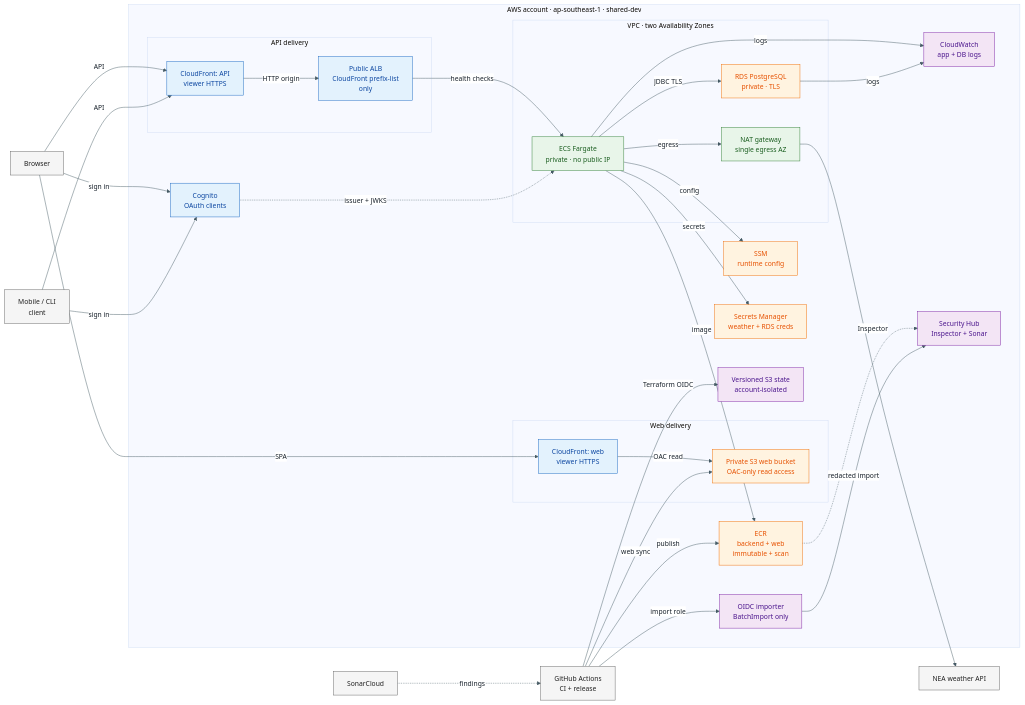
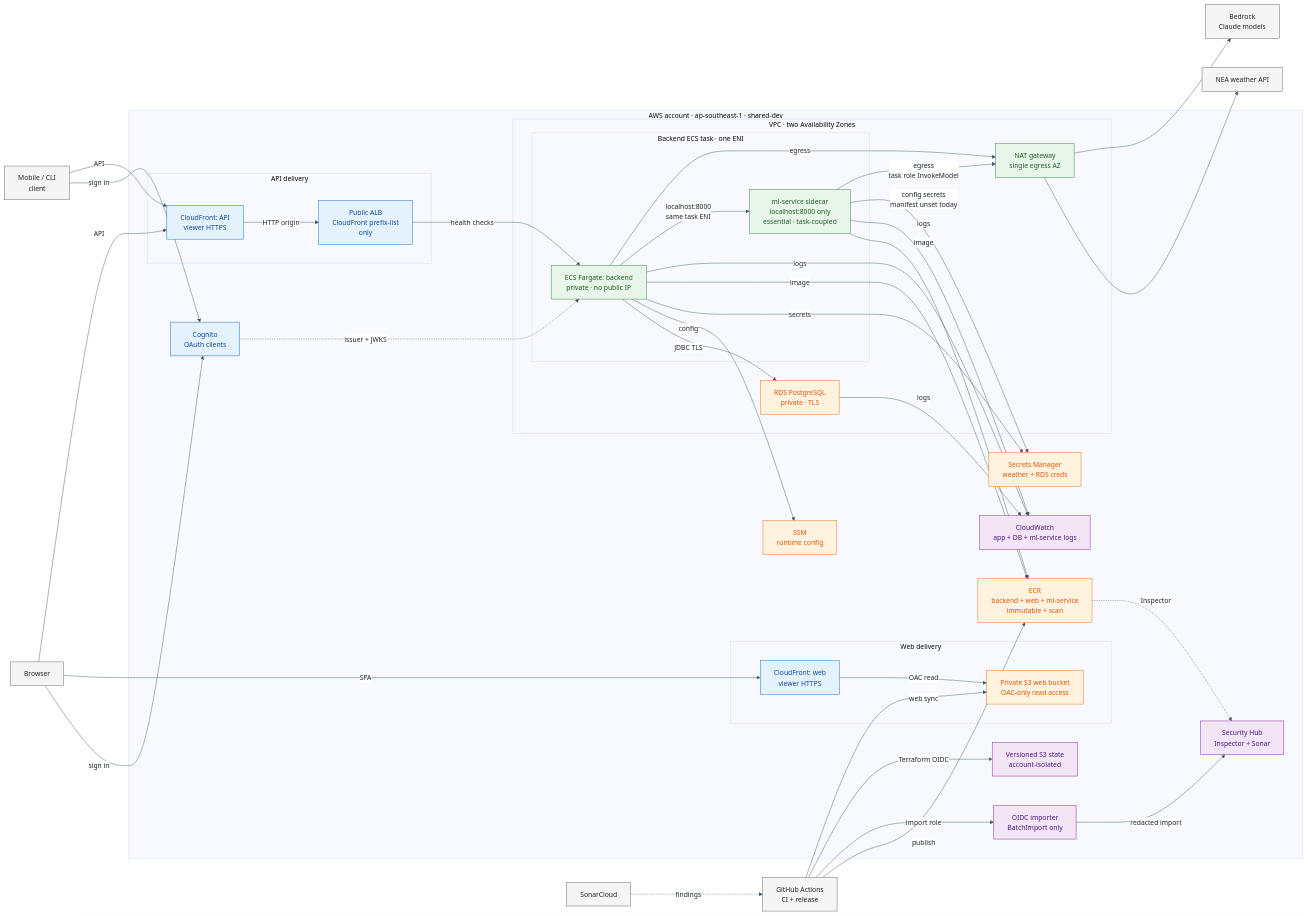
The first of 3 diagrams in docs/architecture/terraform-architecture.md (zctiong-iss/crewsafe), drawn with Mermaid before and after one commit. The commit also changed other lines of this file and 3 other files, not shown here.

Commit message:
feat(SCRUM-373): integrate ml-service as a sidecar in backend ECS task and update architecture documentation

````diff
--- a/docs/architecture/terraform-architecture.md
+++ b/docs/architecture/terraform-architecture.md
@@ -31,6 +31,7 @@
   mobile[Mobile / CLI<br/>client]
   github[GitHub Actions<br/>CI + release]
   nea[NEA weather API]
+  bedrock[Bedrock<br/>Claude models]
   sonar[SonarCloud]
 
   subgraph aws[AWS account · ap-southeast-1 · shared-dev]
@@ -48,14 +49,17 @@
 
     subgraph vpc[VPC · two Availability Zones]
       nat[NAT gateway<br/>single egress AZ]
-      ecs[ECS Fargate<br/>private · no public IP]
+      subgraph backendtask[Backend ECS task · one ENI]
+        ecs[ECS Fargate: backend<br/>private · no public IP]
+        mlservice[ml-service sidecar<br/>localhost:8000 only<br/>essential · task-coupled]
+      end
       rds[RDS PostgreSQL<br/>private · TLS]
     end
 
-    ecr[ECR<br/>backend + web<br/>immutable + scan]
+    ecr[ECR<br/>backend + web + ml-service<br/>immutable + scan]
     ssm[SSM<br/>runtime config]
     secrets[Secrets Manager<br/>weather + RDS creds]
-    logs[CloudWatch<br/>app + DB logs]
+    logs[CloudWatch<br/>app + DB + ml-service logs]
     securityhub[Security Hub<br/>Inspector + Sonar]
     importer[OIDC importer<br/>BatchImport only]
     state[Versioned S3 state<br/>account-isolated]
@@ -72,8 +76,13 @@
   ecs -->|secrets| secrets
   ecs -->|image| ecr
   ecs -->|logs| logs
+  ecs -->|localhost:8000<br/>same task ENI| mlservice
+  mlservice -->|image| ecr
+  mlservice -->|logs| logs
+  mlservice -->|config secrets<br/>manifest unset today| secrets
   rds -->|logs| logs
   ecs -->|egress| nat --> nea
+  mlservice -->|egress<br/>task role InvokeModel| nat --> bedrock
   ecr -.->|Inspector| securityhub
 
   github -->|publish| ecr
@@ -87,9 +96,9 @@
   classDef compute fill:#e8f5e9,stroke:#2e7d32,color:#1b5e20,font-size:15px;
   classDef data fill:#fff3e0,stroke:#ef6c00,color:#e65100,font-size:15px;
   classDef ops fill:#f3e5f5,stroke:#7b1fa2,color:#4a148c,font-size:15px;
-  class browser,mobile,github,nea,sonar client;
+  class browser,mobile,github,nea,bedrock,sonar client;
   class cognito,webcf,apicf,alb edge;
-  class nat,ecs compute;
+  class nat,ecs,mlservice compute;
   class webbucket,rds,ecr,ssm,secrets data;
   class logs,securityhub,importer,state ops;
 ```
````
